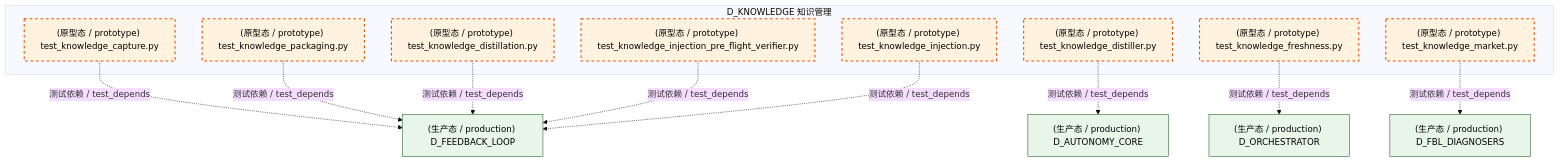
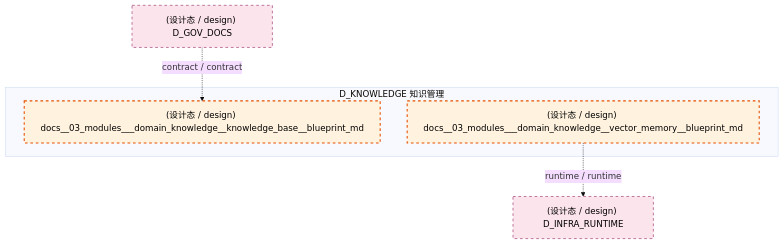
One commit to xuanFelixVan/ZephyrAlpha changed the second of 4 diagrams in docs/02_enterprise_architecture/02_domain_architecture_docs/48_d_knowledge.md. Above: the diagram before and after it, drawn with Mermaid (base theme). The commit also changed other lines of this file and 126 other files, not shown here.

````diff
--- a/docs/02_enterprise_architecture/02_domain_architecture_docs/48_d_knowledge.md
+++ b/docs/02_enterprise_architecture/02_domain_architecture_docs/48_d_knowledge.md
@@ -174,31 +101,17 @@
 ```mermaid
 graph TD
     subgraph D_KNOWLEDGE["D_KNOWLEDGE 知识管理"]
-        tests_knowledge_engine_test_knowledge_capture_py["(原型态 / prototype) test_knowledge_capture.py"]
-        tests_knowledge_engine_test_knowledge_distillation_py["(原型态 / prototype) test_knowledge_distillation.py"]
-        tests_knowledge_engine_test_knowledge_distiller_py["(原型态 / prototype) test_knowledge_distiller.py"]
-        tests_knowledge_engine_test_knowledge_freshness_py["(原型态 / prototype) test_knowledge_freshness.py"]
-        tests_knowledge_engine_test_knowledge_injection_py["(原型态 / prototype) test_knowledge_injection.py"]
-        tests_knowledge_engine_test_knowledge_injection_pre_flight_verifier_py["(原型态 / prototype) test_knowledge_injection_pre_flight_verifier.py"]
-        tests_knowledge_engine_test_knowledge_market_py["(原型态 / prototype) test_knowledge_market.py"]
-        tests_knowledge_engine_test_knowledge_packaging_py["(原型态 / prototype) test_knowledge_packaging.py"]
+        docs_03_modules_domain_knowledge_knowledge_base_blueprint_md["(设计态 / design) docs__03_modules___domain_knowledge__knowledge_base__blueprint_md"]
+        docs_03_modules_domain_knowledge_vector_memory_blueprint_md["(设计态 / design) docs__03_modules___domain_knowledge__vector_memory__blueprint_md"]
     end
-    D_FEEDBACK_LOOP["(生产态 / production) D_FEEDBACK_LOOP"]
-    tests_knowledge_engine_test_knowledge_capture_py -.->|测试依赖 / test_depends| D_FEEDBACK_LOOP
-    tests_knowledge_engine_test_knowledge_packaging_py -.->|测试依赖 / test_depends| D_FEEDBACK_LOOP
-    D_FBL_DIAGNOSERS["(生产态 / production) D_FBL_DIAGNOSERS"]
-    tests_knowledge_engine_test_knowledge_market_py -.->|测试依赖 / test_depends| D_FBL_DIAGNOSERS
-    tests_knowledge_engine_test_knowledge_distillation_py -.->|测试依赖 / test_depends| D_FEEDBACK_LOOP
-    D_AUTONOMY_CORE["(生产态 / production) D_AUTONOMY_CORE"]
-    tests_knowledge_engine_test_knowledge_distiller_py -.->|测试依赖 / test_depends| D_AUTONOMY_CORE
-    tests_knowledge_engine_test_knowledge_injection_pre_flight_verifier_py -.->|测试依赖 / test_depends| D_FEEDBACK_LOOP
-    tests_knowledge_engine_test_knowledge_injection_py -.->|测试依赖 / test_depends| D_FEEDBACK_LOOP
-    D_ORCHESTRATOR["(生产态 / production) D_ORCHESTRATOR"]
-    tests_knowledge_engine_test_knowledge_freshness_py -.->|测试依赖 / test_depends| D_ORCHESTRATOR
+    D_INFRA_RUNTIME["(设计态 / design) D_INFRA_RUNTIME"]
+    docs_03_modules_domain_knowledge_vector_memory_blueprint_md -.->|runtime / runtime| D_INFRA_RUNTIME
+    D_GOV_DOCS["(设计态 / design) D_GOV_DOCS"]
+    D_GOV_DOCS -.->|contract / contract| docs_03_modules_domain_knowledge_knowledge_base_blueprint_md
     classDef production fill:#e1f5fe,stroke:#01579b,stroke-width:2px,color:#000
     classDef design fill:#fff3e0,stroke:#e65100,stroke-width:2px,color:#000,stroke-dasharray: 5 5
     classDef external_prod fill:#e8f5e9,stroke:#1b5e20,stroke-width:1px,color:#000
     classDef external_design fill:#fce4ec,stroke:#880e4f,stroke-width:1px,color:#000,stroke-dasharray: 5 5
-    class tests_knowledge_engine_test_knowledge_capture_py,tests_knowledge_engine_test_knowledge_distillation_py,tests_knowledge_engine_test_knowledge_distiller_py,tests_knowledge_engine_test_knowledge_freshness_py,tests_knowledge_engine_test_knowledge_injection_py,tests_knowledge_engine_test_knowledge_injection_pre_flight_verifier_py,tests_knowledge_engine_test_knowledge_market_py,tests_knowledge_engine_test_knowledge_packaging_py design
-    class D_FEEDBACK_LOOP,D_FBL_DIAGNOSERS,D_AUTONOMY_CORE,D_ORCHESTRATOR external_prod
+    class docs_03_modules_domain_knowledge_knowledge_base_blueprint_md,docs_03_modules_domain_knowledge_vector_memory_blueprint_md design
+    class D_INFRA_RUNTIME,D_GOV_DOCS external_design
 ```
````
